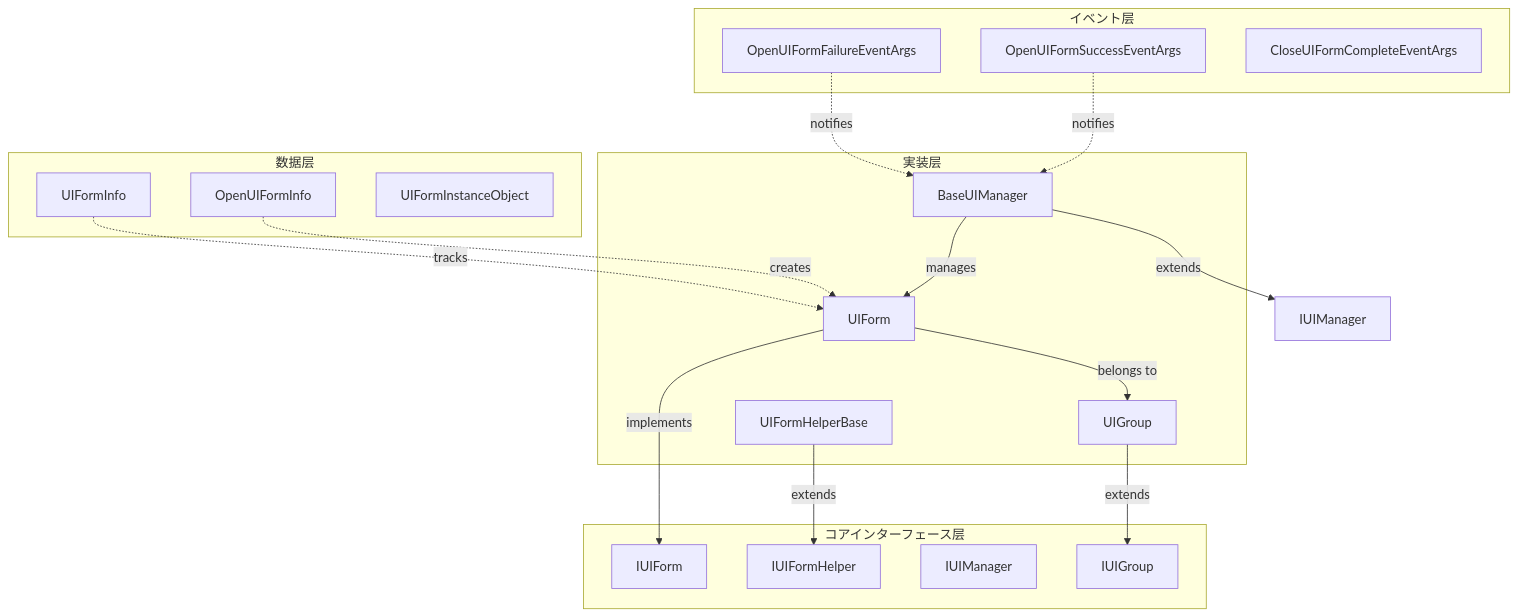
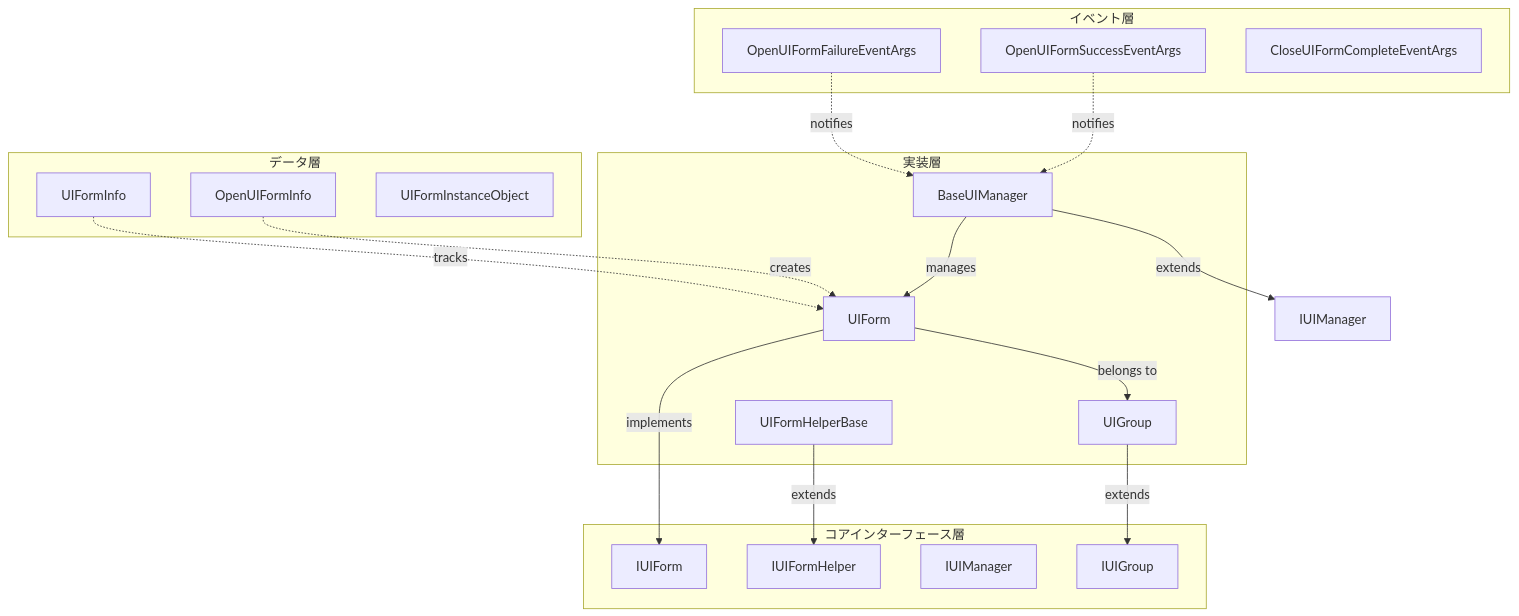
The first of 4 diagrams in docs/ja/client/unity/component/ui/06.ui-form.md (AlianBlank/GameFrameX.Docs), drawn with Mermaid before and after one commit. The commit also changed other lines of this file and 320 other files, not shown here.

````diff
--- a/docs/ja/client/unity/component/ui/06.ui-form.md
+++ b/docs/ja/client/unity/component/ui/06.ui-form.md
@@ -21,39 +21,39 @@
 ```mermaid
 flowchart TD
-    subgraph Core["コアインターフェース层"]
+    subgraph Core["コアインターフェース層"]
         IUF[IUIForm]
         IUFH[IUIFormHelper]
-       IUM[IUIManager]
+        IUM[IUIManager]
         IUG[IUIGroup]
     end
 
-    subgraph Implementation["実装层"]
+    subgraph Implementation["実装層"]
         UF[UIForm]
         UFB[UIFormHelperBase]
         BUM[BaseUIManager]
         UG[UIGroup]
     end
 
-    subgraph Data["数据层"]
+    subgraph Data["データ層"]
         OUI[OpenUIFormInfo]
         UFI[UIFormInfo]
         UIO[UIFormInstanceObject]
     end
 
-    subgraph Event["イベント层"]
+    subgraph Event["イベント層"]
         OS[OpenUIFormSuccessEventArgs]
         OF[OpenUIFormFailureEventArgs]
         CC[CloseUIFormCompleteEventArgs]
     end
 
     UF -->|implements| IUF
     UFB -->|extends| IUFH
     BUM -->|extends| IUIManager
     UG -->|extends| IUG
     BUM -->|manages| UF
     UF -->|belongs to| UG
     OUI -.->|creates| UF
     UFI -.->|tracks| UF
     OS -.->|notifies| BUM
     OF -.->|notifies| BUM
 ```
````
